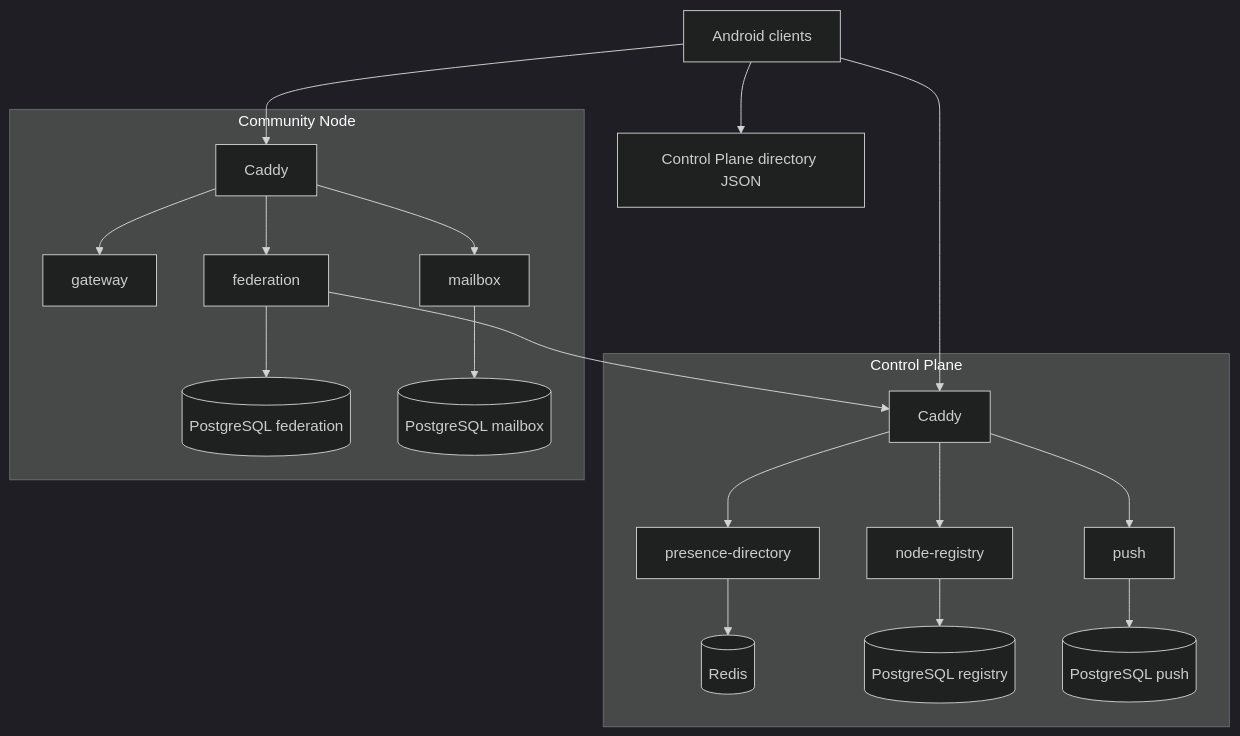
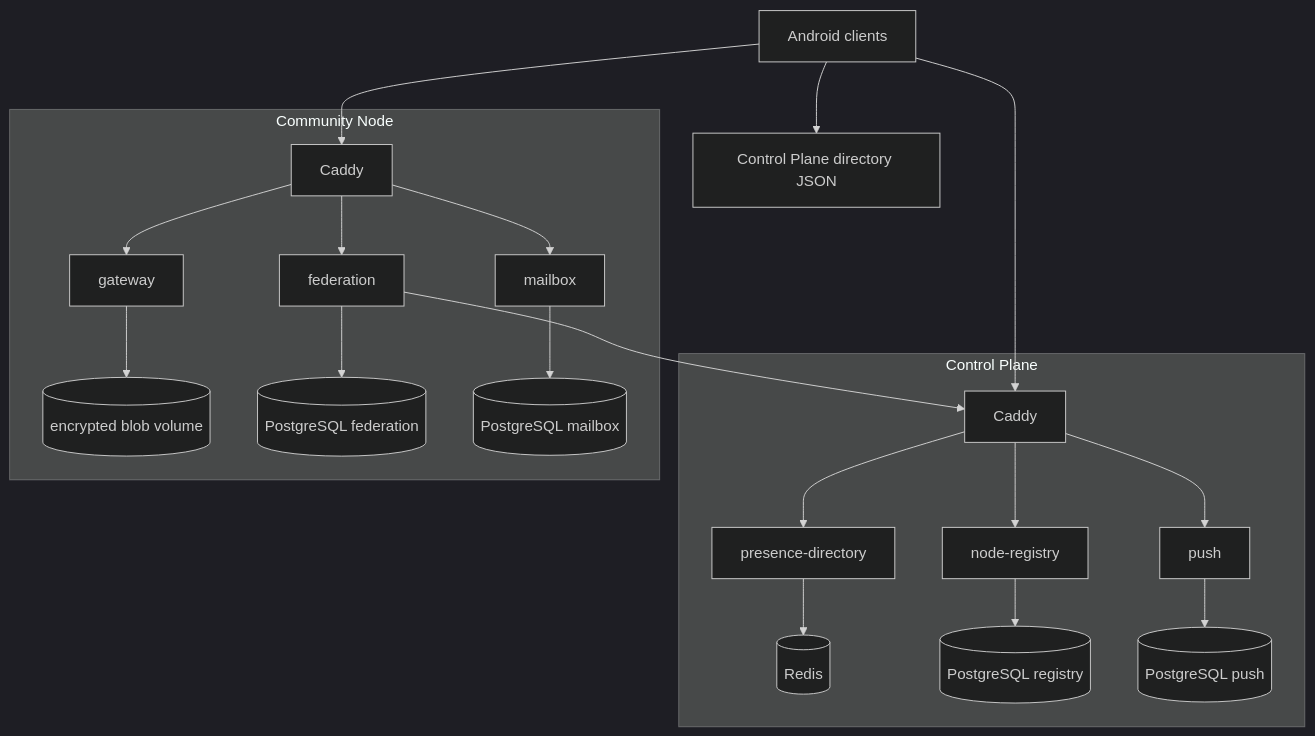
The first of 3 diagrams in docs/server/overview.md (cbgm/Sparrow), drawn with Mermaid (dark theme) before and after one commit. The commit also changed other lines of this file and 70 other files, not shown here.

````diff
--- a/docs/server/overview.md
+++ b/docs/server/overview.md
@@ -5,40 +5,42 @@
 ```mermaid
 flowchart TB
     APP[Android clients]
     DIR[Control Plane directory JSON]
 
     subgraph CP[Control Plane]
         CADDY1[Caddy]
         REG[node-registry]
         PRES[presence-directory]
         REDIS[(Redis)]
         PUSH[push]
         PGREG[(PostgreSQL registry)]
         PGPUSH[(PostgreSQL push)]
     end
 
     subgraph NODE[Community Node]
         CADDY2[Caddy]
         GW[gateway]
+        BLOBS[(encrypted blob volume)]
         FED[federation]
         MB[mailbox]
         PGFED[(PostgreSQL federation)]
         PGMB[(PostgreSQL mailbox)]
     end
 
     APP --> DIR
     APP --> CADDY1
     APP --> CADDY2
     CADDY1 --> REG
     CADDY1 --> PRES
     CADDY1 --> PUSH
     REG --> PGREG
     PRES --> REDIS
     PUSH --> PGPUSH
     CADDY2 --> GW
+    GW --> BLOBS
     CADDY2 --> FED
     CADDY2 --> MB
     FED --> PGFED
     MB --> PGMB
     FED --> CADDY1
 ```
````
